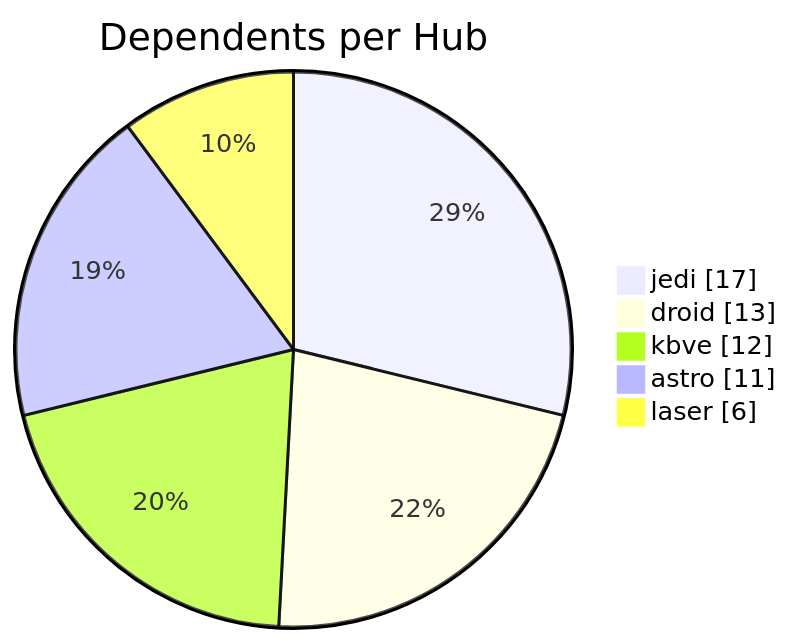
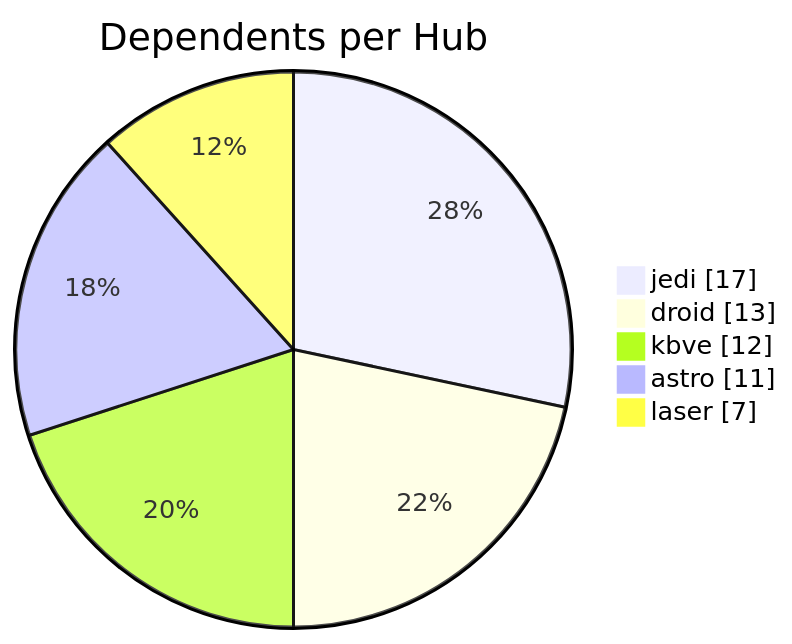
Before and after one commit to KBVE/kbve: the second of 3 diagrams in apps/kbve/astro-kbve/src/content/docs/dashboard/graph.mdx, drawn with Mermaid. The commit also changed other lines of this file and 8 other files, not shown here.

````diff
--- a/apps/kbve/astro-kbve/src/content/docs/dashboard/graph.mdx
+++ b/apps/kbve/astro-kbve/src/content/docs/dashboard/graph.mdx
@@ -66,9 +66,9 @@
 ```mermaid
 pie showData
     title Dependents per Hub
     "jedi" : 17
     "droid" : 13
     "kbve" : 12
     "astro" : 11
-    "laser" : 6
+    "laser" : 7
 ```
````
